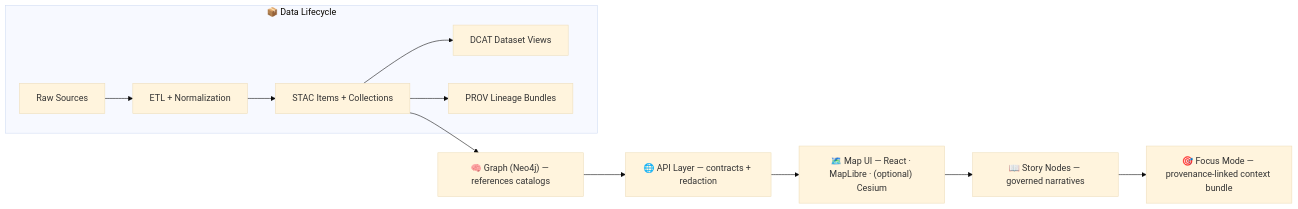
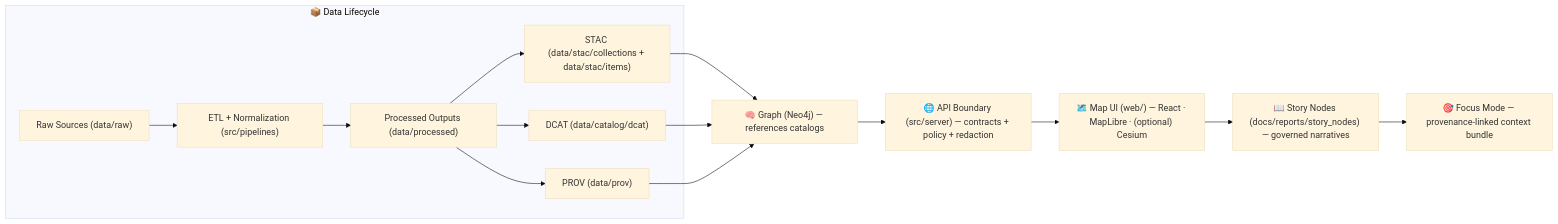
Before and after one commit to bartytime4life/Kansas-Frontier-Matrix: the diagram in src/README.md, drawn with Mermaid (base theme). The commit also changed other lines of this file, not shown here.

````diff
--- a/src/README.md
+++ b/src/README.md
@@ -29,15 +92,19 @@
 ```mermaid
 flowchart LR
   subgraph Data["📦 Data Lifecycle"]
-    A["Raw Sources"] --> B["ETL + Normalization"]
-    B --> C["STAC Items + Collections"]
-    C --> D["DCAT Dataset Views"]
-    C --> E["PROV Lineage Bundles"]
+    A["Raw Sources (data/raw)"] --> B["ETL + Normalization (src/pipelines)"]
+    B --> C["Processed Outputs (data/processed)"]
+    C --> S["STAC (data/stac/collections + data/stac/items)"]
+    C --> D["DCAT (data/catalog/dcat)"]
+    C --> P["PROV (data/prov)"]
   end
 
-  C --> G["🧠 Graph (Neo4j) — references catalogs"]
-  G --> H["🌐 API Layer — contracts + redaction"]
-  H --> I["🗺️ Map UI — React · MapLibre · (optional) Cesium"]
-  I --> J["📖 Story Nodes — governed narratives"]
-  J --> K["🎯 Focus Mode — provenance‑linked context bundle"]
+  S --> G["🧠 Graph (Neo4j) — references catalogs"]
+  D --> G
+  P --> G
+
+  G --> H["🌐 API Boundary (src/server) — contracts + policy + redaction"]
+  H --> I["🗺️ Map UI (web/) — React · MapLibre · (optional) Cesium"]
+  I --> J["📖 Story Nodes (docs/reports/story_nodes) — governed narratives"]
+  J --> K["🎯 Focus Mode — provenance-linked context bundle"]
 ```
````
